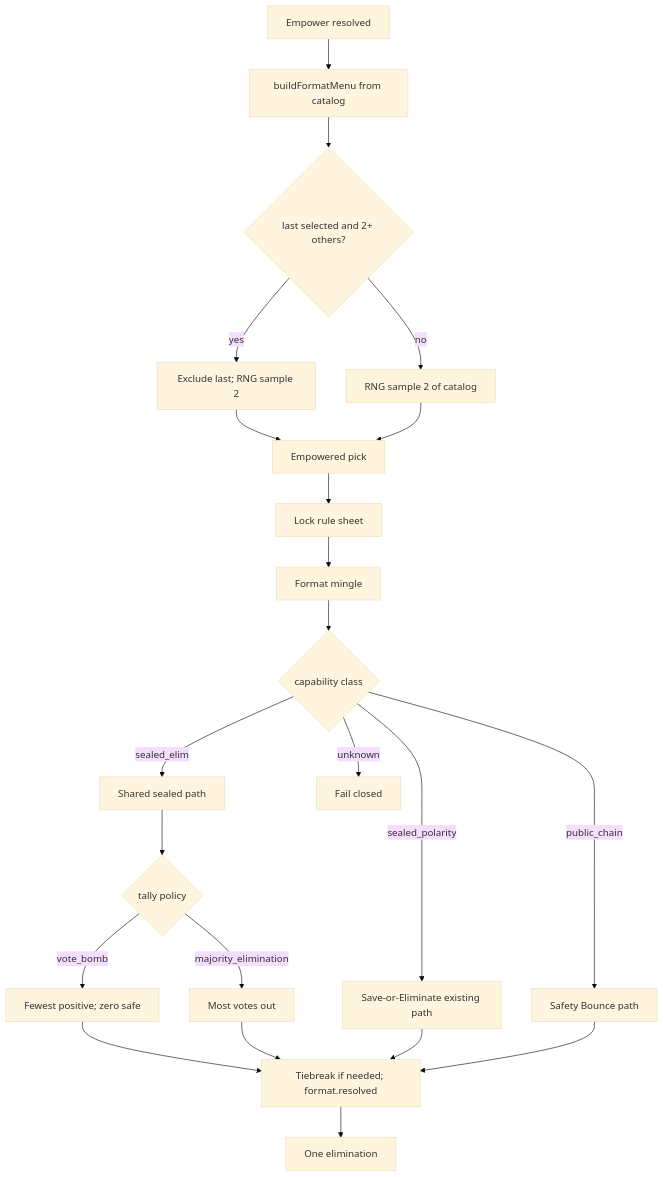
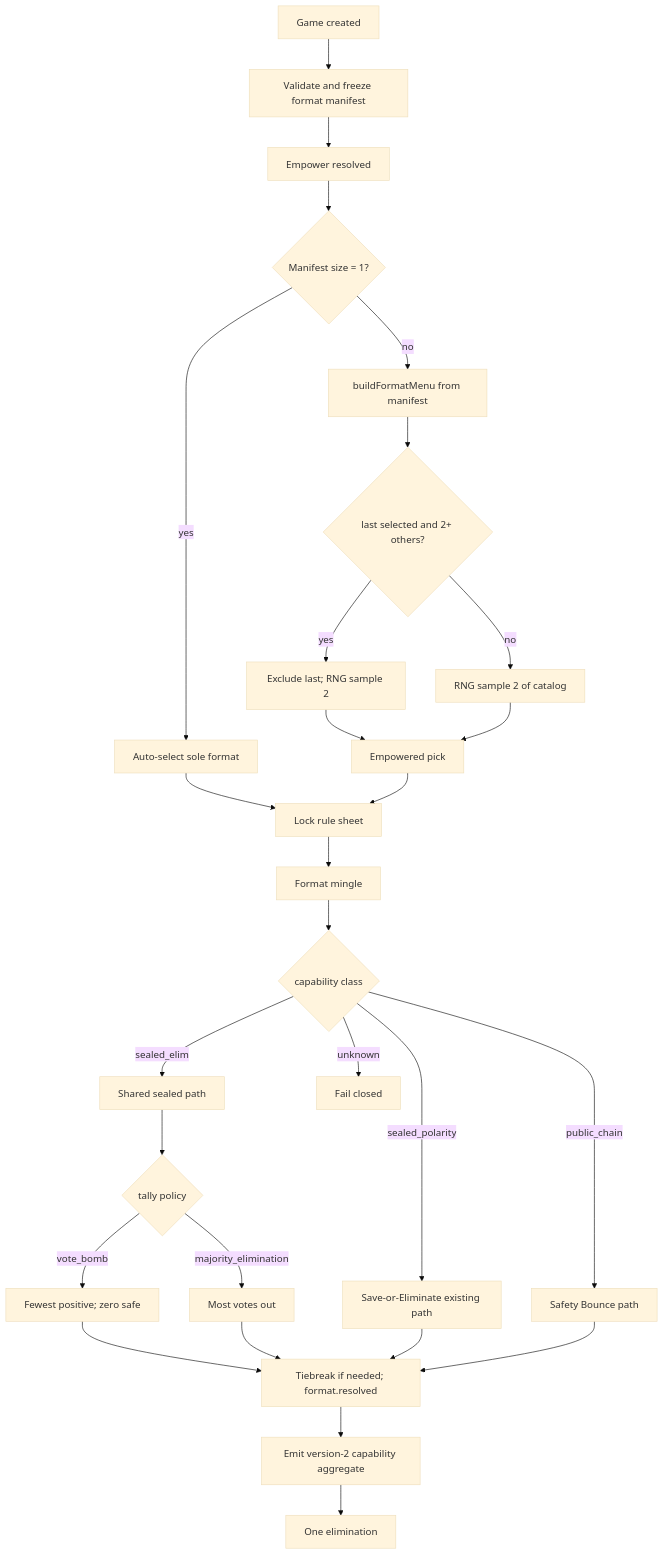
The diagram in docs/plans/2026-08-06-001-feat-modular-format-catalog-majority-elimination-plan.md (0xFlicker/influence-game), drawn with Mermaid (base theme) before and after one commit. The commit also changed other lines of this file, not shown here.

Commit message:
feat: modularize format catalog and resolution contracts

````diff
--- a/docs/plans/2026-08-06-001-feat-modular-format-catalog-majority-elimination-plan.md
+++ b/docs/plans/2026-08-06-001-feat-modular-format-catalog-majority-elimination-plan.md
@@ -84,24 +89,30 @@
 ```mermaid
 flowchart TB
-  empower[Empower resolved] --> menu[buildFormatMenu from catalog]
+  create[Game created] --> manifest[Validate and freeze format manifest]
+  manifest --> empower[Empower resolved]
+  empower --> one{Manifest size = 1?}
+  one -->|yes| auto[Auto-select sole format]
+  one -->|no| menu[buildFormatMenu from manifest]
   menu --> anti{last selected and 2+ others?}
   anti -->|yes| sample[Exclude last; RNG sample 2]
   anti -->|no| anyTwo[RNG sample 2 of catalog]
   sample --> pick[Empowered pick]
   anyTwo --> pick
+  auto --> lock[Lock rule sheet]
   pick --> lock[Lock rule sheet]
   lock --> mingle[Format mingle]
   mingle --> cap{capability class}
   cap -->|sealed_elim| sealed[Shared sealed path]
   cap -->|sealed_polarity| soe[Save-or-Eliminate existing path]
   cap -->|public_chain| bounce[Safety Bounce path]
   cap -->|unknown| fail[Fail closed]
   sealed --> score{tally policy}
   score -->|vote_bomb| fewest[Fewest positive; zero safe]
   score -->|majority_elimination| most[Most votes out]
   fewest --> resolve[Tiebreak if needed; format.resolved]
   most --> resolve
   soe --> resolve
   bounce --> resolve
-  resolve --> elim[One elimination]
+  resolve --> v2[Emit version-2 capability aggregate]
+  v2 --> elim[One elimination]
 ```
````
